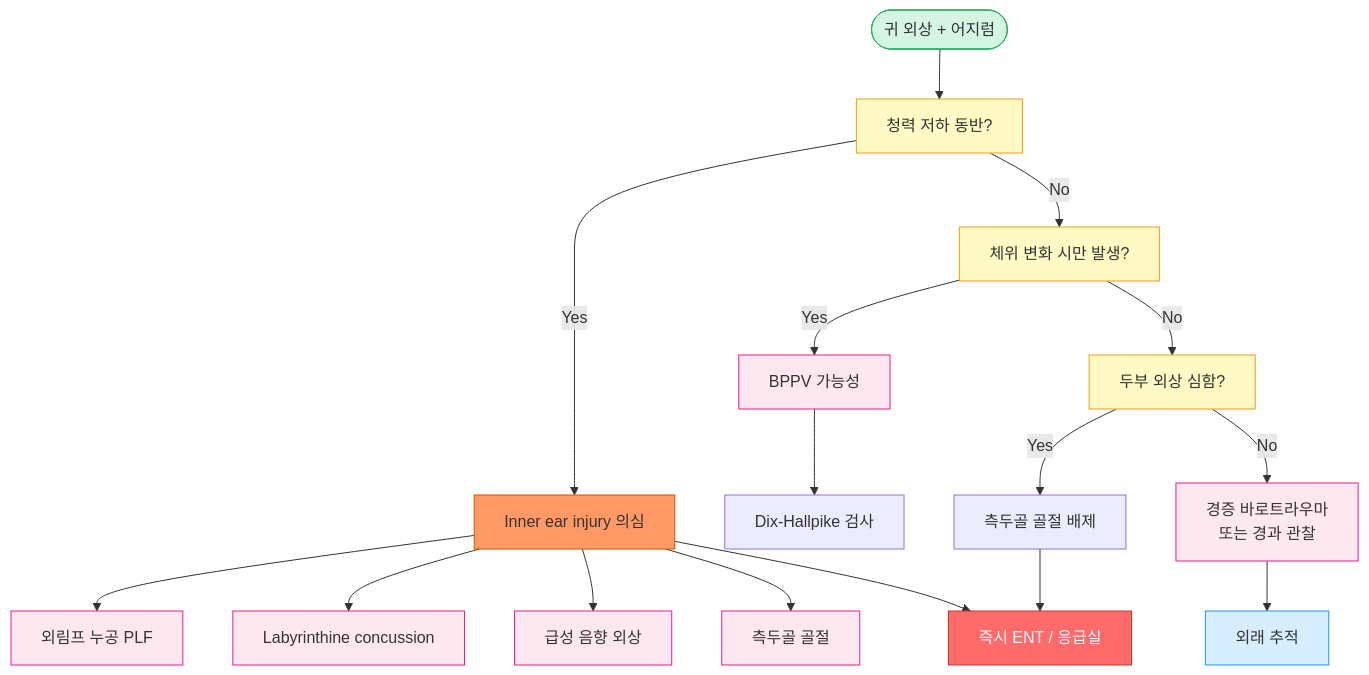
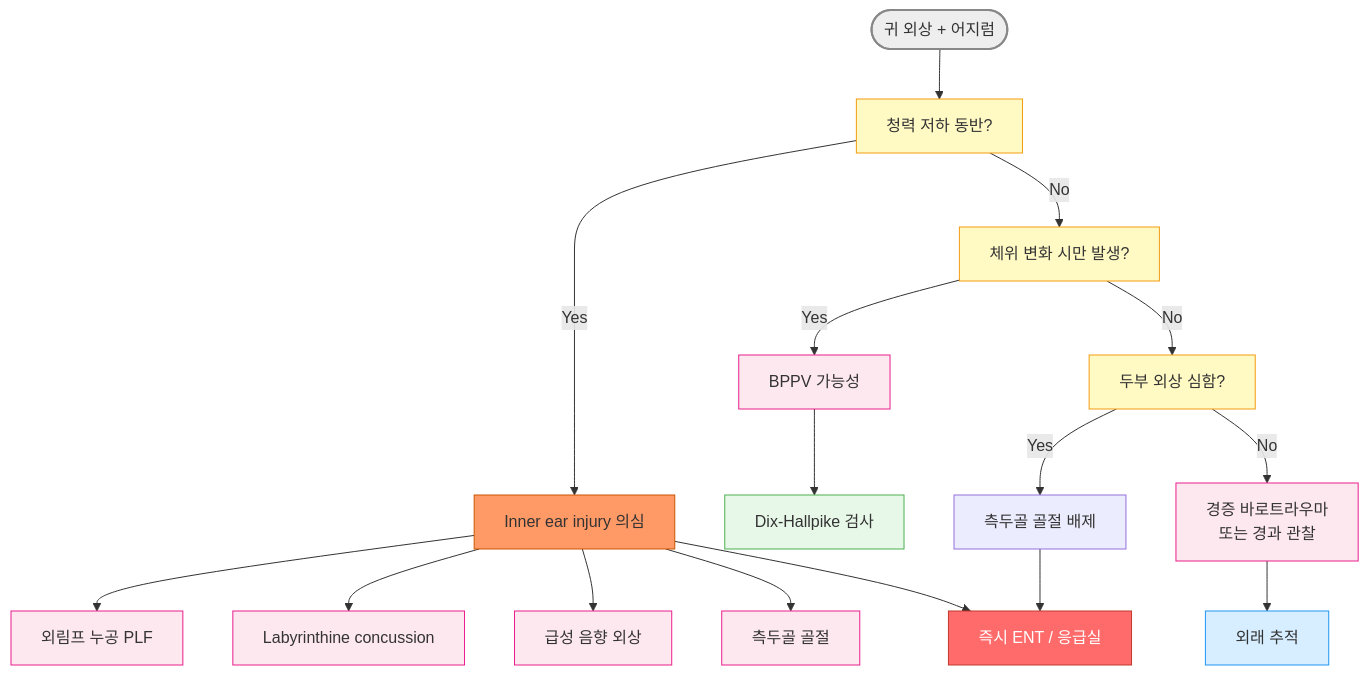
The first of 3 diagrams in 222_/049_-ear-injury.md (familyoh77/familyoh77), drawn with Mermaid before and after one commit. The commit also changed other lines of this file, not shown here.

````diff
--- a/222_/049_-ear-injury.md
+++ b/222_/049_-ear-injury.md
@@ -48,27 +48,28 @@
 ```mermaid
 flowchart TD
     A([귀 외상 + 어지럼]) --> B[청력 저하 동반?]
     B -->|Yes| C[Inner ear injury 의심]
     C --> C1[외림프 누공 PLF]
     C --> C2[Labyrinthine concussion]
     C --> C3[급성 음향 외상]
     C --> C4[측두골 골절]
     C --> D[즉시 ENT / 응급실]
     B -->|No| E[체위 변화 시만 발생?]
     E -->|Yes| F[BPPV 가능성]
     F --> G[Dix-Hallpike 검사]
     E -->|No| H[두부 외상 심함?]
     H -->|Yes| I[측두골 골절 배제]
     I --> D
     H -->|No| J[경증 바로트라우마<br/>또는 경과 관찰]
     J --> K[외래 추적]
 
-    style A fill:#d5f5e3,stroke:#27ae60
+    style A fill:#eeeeee,stroke:#888888,stroke-width:2px
     style C fill:#ff9966,stroke:#cc5500
     style D fill:#ff6b6b,stroke:#c0392b,color:#fff
+    style G fill:#e8f8e8,stroke:#4caf50
     style K fill:#d6eeff,stroke:#2196f3
     classDef yellow fill:#fff9c4,stroke:#f39c12
     class B,E,H yellow
     classDef pink fill:#fde8f0,stroke:#e91e8c
 class C1,C2,C3,C4,J,F pink
 ```
````
